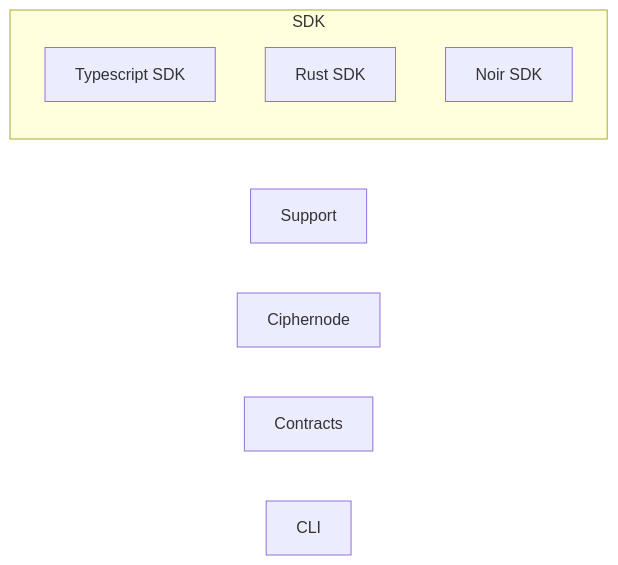
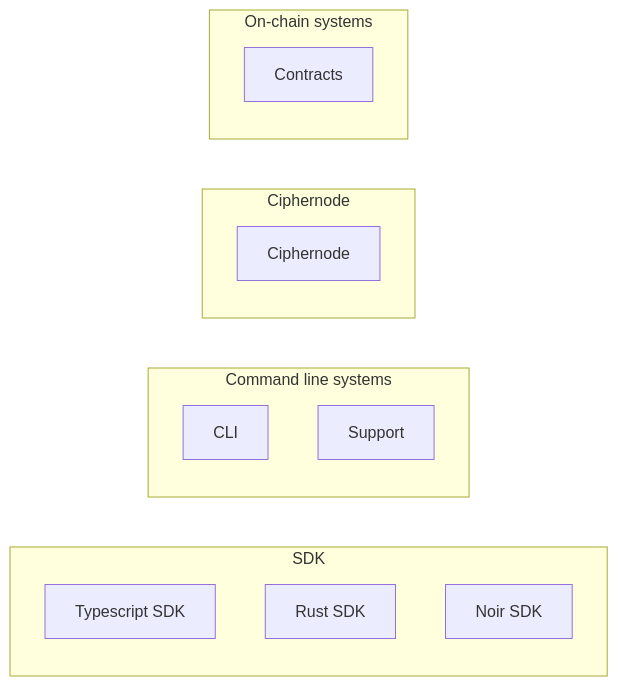
Before and after one commit to gnosisguild/enclave: the diagram in DOCS_ROOT.md, drawn with Mermaid. The commit also changed 1 other file, not shown here.

Commit message:
feat: update root formatting and presentation

````diff
--- a/DOCS_ROOT.md
+++ b/DOCS_ROOT.md
@@ -7,28 +7,36 @@
 ```mermaid
 flowchart LR
 	subgraph SDK
 	    T["Typescript SDK"]
 	    R["Rust SDK"]
 	    N["Noir SDK"]
 	end
-    S["Support"]
-    C["Ciphernode"]
-    EVM["Contracts"]
-    CLI["CLI"]
+	subgraph cli2["Command line systems"]
+		CLI["CLI"]
+	    S["Support"]
+	end
+
+	subgraph cn["Ciphernode"]
+	    C["Ciphernode"]
+    end
+
+	subgraph evm["On-chain systems"]
+        EVM["Contracts"]
+    end
 
     C:::internal-link
     S:::internal-link
     EVM:::internal-link
     T:::internal-link
     R:::internal-link
     N:::internal-link
     CLI:::internal-link
 
     click C "https://github.com/gnosisguild/enclave/tree/main/crates/Ciphernode.md"
     click S "https://github.com/gnosisguild/enclave/tree/main/crates/support-scripts/Support.md"
     click EVM "https://github.com/gnosisguild/enclave/tree/main/packages/evm/docs/Contracts.md"
     click T "https://github.com/gnosisguild/enclave/tree/main/packages/enclave-sdk/Typescript SDK.md"
     click R "https://github.com/gnosisguild/enclave/tree/main/crates/sdk/Rust SDK.md"
     click N "https://github.com/gnosisguild/enclave/tree/main/architecture/Noir SDK.md"
     click CLI "https://github.com/gnosisguild/enclave/tree/main/crates/cli/CLI.md"
 ```
````
